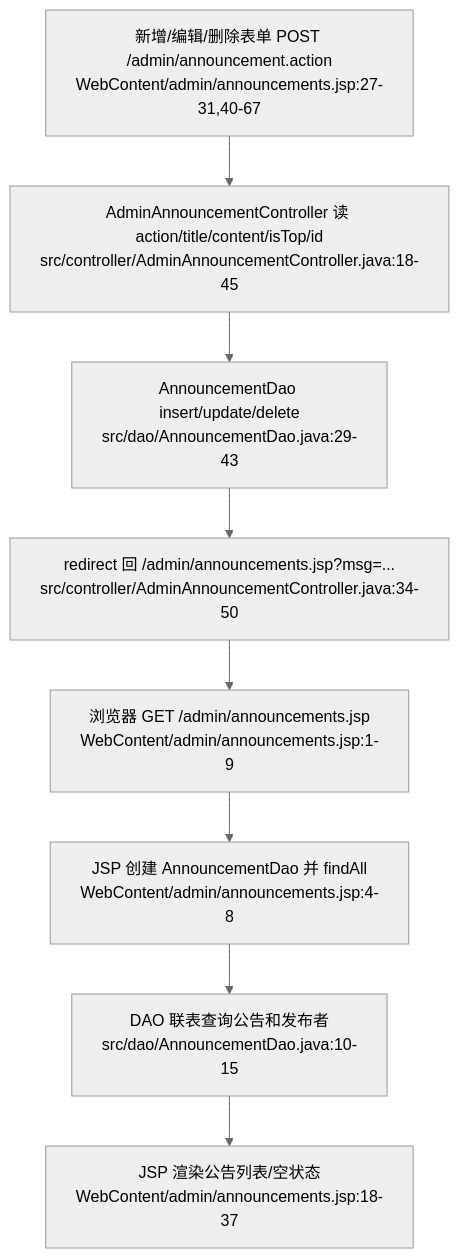
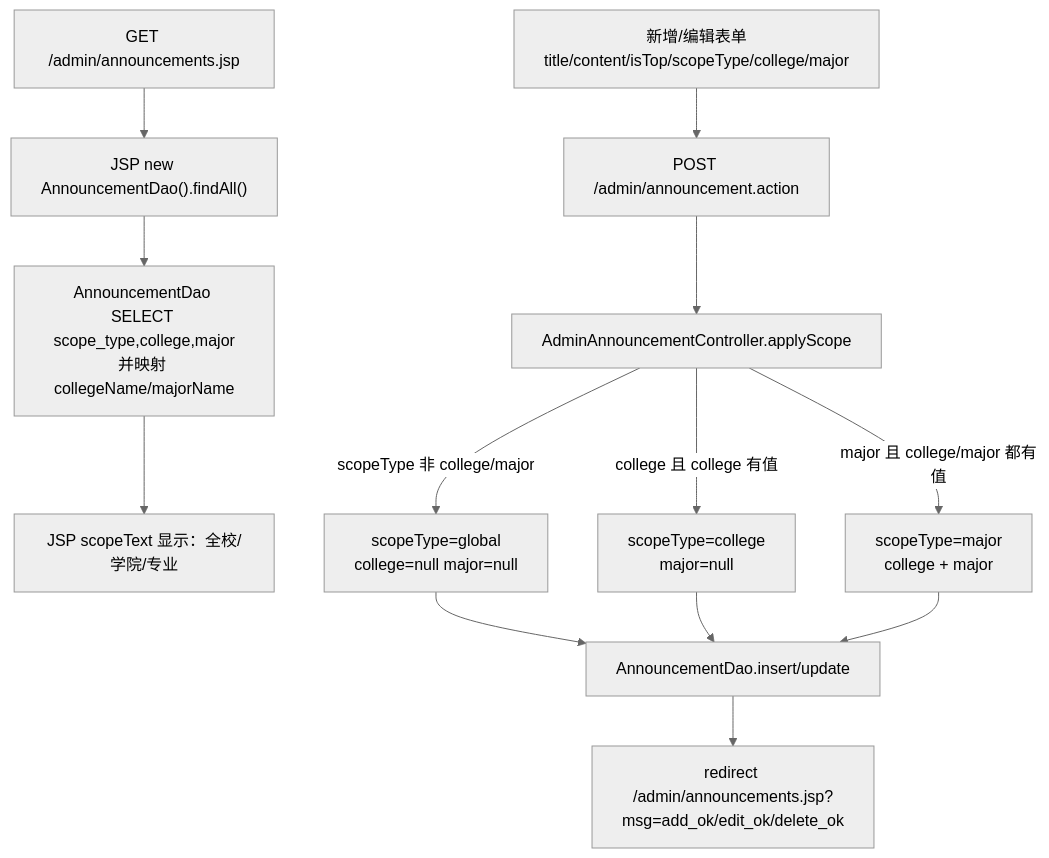
Before and after one commit to guangxiangdebizi/graduation-design-management-system: the fourth of 10 diagrams in docs/网络数据流详解/parts/04-admin-flows.md, drawn with Mermaid (neutral theme). The commit also changed other lines of this file and 8 other files, not shown here.

First line of the commit message:
refactor project documentation and enhance network data flow details

````diff
--- a/docs/网络数据流详解/parts/04-admin-flows.md
+++ b/docs/网络数据流详解/parts/04-admin-flows.md
@@ -169,10 +172,15 @@
 ```mermaid
 flowchart TD
-  A["浏览器 GET /admin/announcements.jsp<br/>WebContent/admin/announcements.jsp:1-9"] --> B["JSP 创建 AnnouncementDao 并 findAll<br/>WebContent/admin/announcements.jsp:4-8"]
-  B --> C["DAO 联表查询公告和发布者<br/>src/dao/AnnouncementDao.java:10-15"]
-  C --> D["JSP 渲染公告列表/空状态<br/>WebContent/admin/announcements.jsp:18-37"]
-  E["新增/编辑/删除表单 POST /admin/announcement.action<br/>WebContent/admin/announcements.jsp:27-31,40-67"] --> F["AdminAnnouncementController 读 action/title/content/isTop/id<br/>src/controller/AdminAnnouncementController.java:18-45"]
-  F --> G["AnnouncementDao insert/update/delete<br/>src/dao/AnnouncementDao.java:29-43"]
-  G --> H["redirect 回 /admin/announcements.jsp?msg=...<br/>src/controller/AdminAnnouncementController.java:34-50"]
-  H --> A
+  A["GET /admin/announcements.jsp"] --> B["JSP new AnnouncementDao().findAll()"]
+  B --> C["AnnouncementDao SELECT scope_type,college,major<br/>并映射 collegeName/majorName"]
+  C --> D["JSP scopeText 显示：全校/学院/专业"]
+  E["新增/编辑表单<br/>title/content/isTop/scopeType/college/major"] --> F["POST /admin/announcement.action"]
+  F --> G["AdminAnnouncementController.applyScope"]
+  G -->|scopeType 非 college/major| H["scopeType=global<br/>college=null major=null"]
+  G -->|college 且 college 有值| I["scopeType=college<br/>major=null"]
+  G -->|major 且 college/major 都有值| J["scopeType=major<br/>college + major"]
+  H --> K["AnnouncementDao.insert/update"]
+  I --> K
+  J --> K
+  K --> L["redirect /admin/announcements.jsp?msg=add_ok/edit_ok/delete_ok"]
 ```
````
